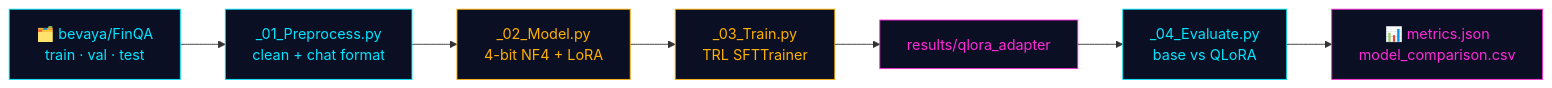
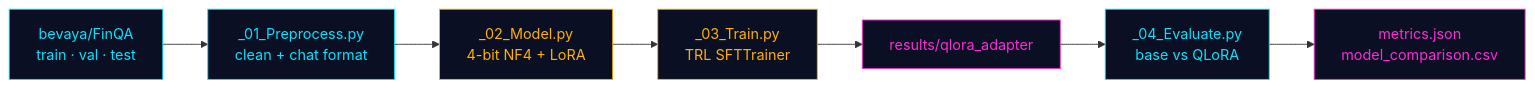
Before and after one commit to Alkiviadisss/Open-Source_LLM_Fine-Tuning_With_QLoRA: the diagram in README.md, drawn with Mermaid. The commit also changed other lines of this file, not shown here.

````diff
--- a/README.md
+++ b/README.md
@@ -39,17 +39,17 @@
 ```mermaid
 flowchart LR
-    A["🗂️ bevaya/FinQA<br/>train · val · test"] --> B["_01_Preprocess.py<br/>clean + chat format"]
+    A["bevaya/FinQA<br/>train · val · test"] --> B["_01_Preprocess.py<br/>clean + chat format"]
     B --> C["_02_Model.py<br/>4-bit NF4 + LoRA"]
     C --> D["_03_Train.py<br/>TRL SFTTrainer"]
     D --> E["results/qlora_adapter"]
     E --> F["_04_Evaluate.py<br/>base vs QLoRA"]
-    F --> G["📊 metrics.json<br/>model_comparison.csv"]
+    F --> G["metrics.json<br/>model_comparison.csv"]
 
     style A fill:#0A0F24,stroke:#00E5FF,color:#00E5FF
     style B fill:#0A0F24,stroke:#00E5FF,color:#00E5FF
     style C fill:#0A0F24,stroke:#FFB000,color:#FFB000
     style D fill:#0A0F24,stroke:#FFB000,color:#FFB000
     style E fill:#0A0F24,stroke:#FF2BD6,color:#FF2BD6
     style F fill:#0A0F24,stroke:#00E5FF,color:#00E5FF
     style G fill:#0A0F24,stroke:#FF2BD6,color:#FF2BD6
 ```
````
